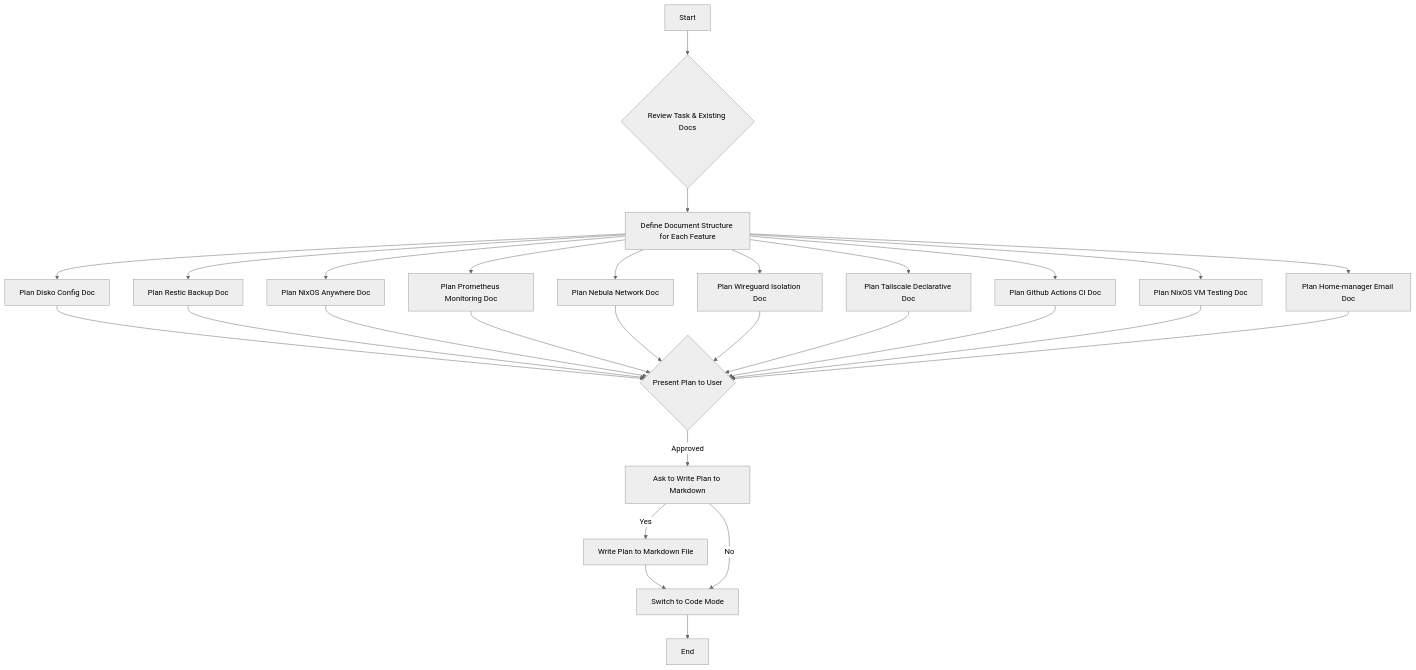
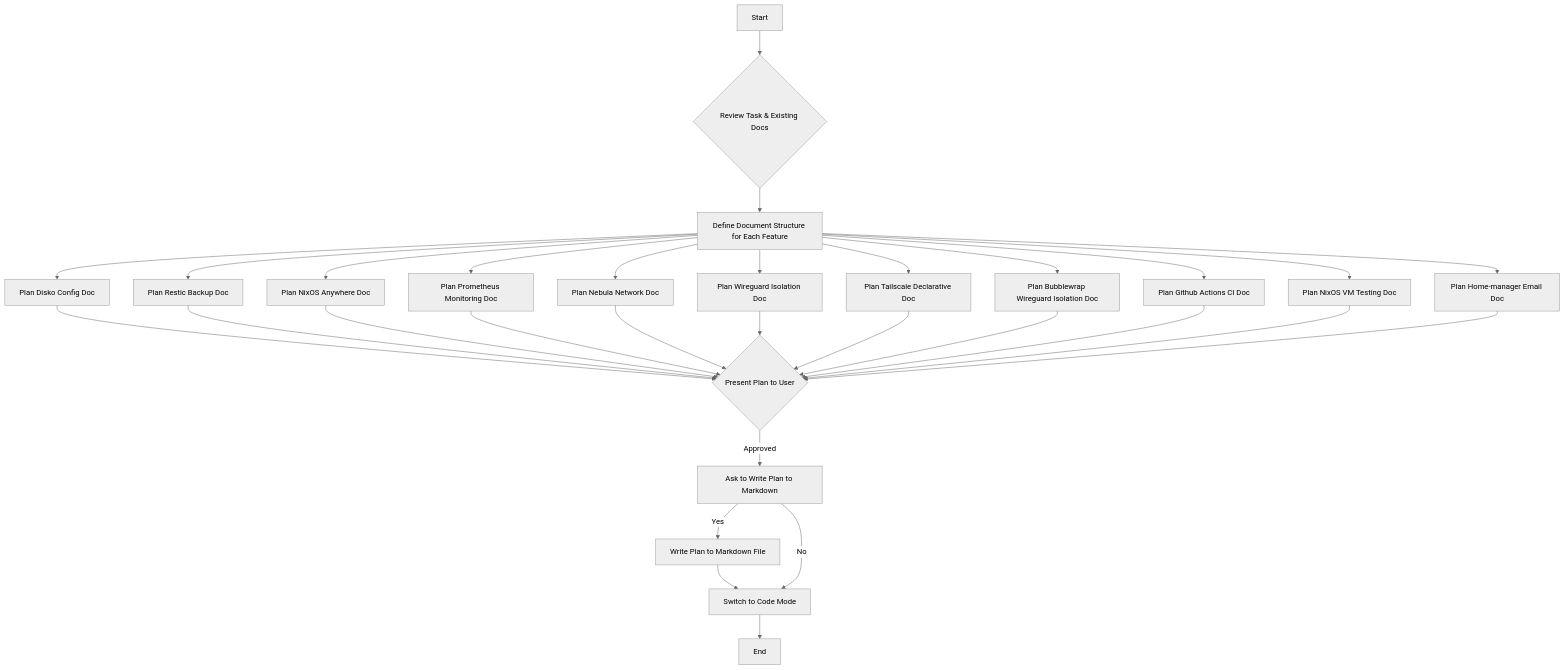
Before and after one commit to ic4-y/nix-dotfiles: the diagram in docs/documentation_plan.md, drawn with Mermaid (neutral theme). The commit also changed other lines of this file and 10 other files, not shown here.

````diff
--- a/docs/documentation_plan.md
+++ b/docs/documentation_plan.md
@@ -89,21 +103,22 @@
 ```mermaid
 graph TD
     A[Start] --> B{Review Task & Existing Docs};
     B --> C[Define Document Structure for Each Feature];
     C --> D1[Plan Disko Config Doc];
     C --> D2[Plan Restic Backup Doc];
     C --> D3[Plan NixOS Anywhere Doc];
     C --> D4[Plan Prometheus Monitoring Doc];
     C --> D5[Plan Nebula Network Doc];
     C --> D6[Plan Wireguard Isolation Doc];
     C --> D7[Plan Tailscale Declarative Doc];
+    C --> D7_1[Plan Bubblewrap Wireguard Isolation Doc];
     C --> D8[Plan Github Actions CI Doc];
     C --> D9[Plan NixOS VM Testing Doc];
     C --> D10[Plan Home-manager Email Doc];
-    D1 & D2 & D3 & D4 & D5 & D6 & D7 & D8 & D9 & D10 --> E{Present Plan to User};
+    D1 & D2 & D3 & D4 & D5 & D6 & D7 & D7_1 & D8 & D9 & D10 --> E{Present Plan to User};
     E -- Approved --> F[Ask to Write Plan to Markdown];
     F -- Yes --> G[Write Plan to Markdown File];
     G --> H[Switch to Code Mode];
     F -- No --> H[Switch to Code Mode];
     H --> I[End];
 ```
````
